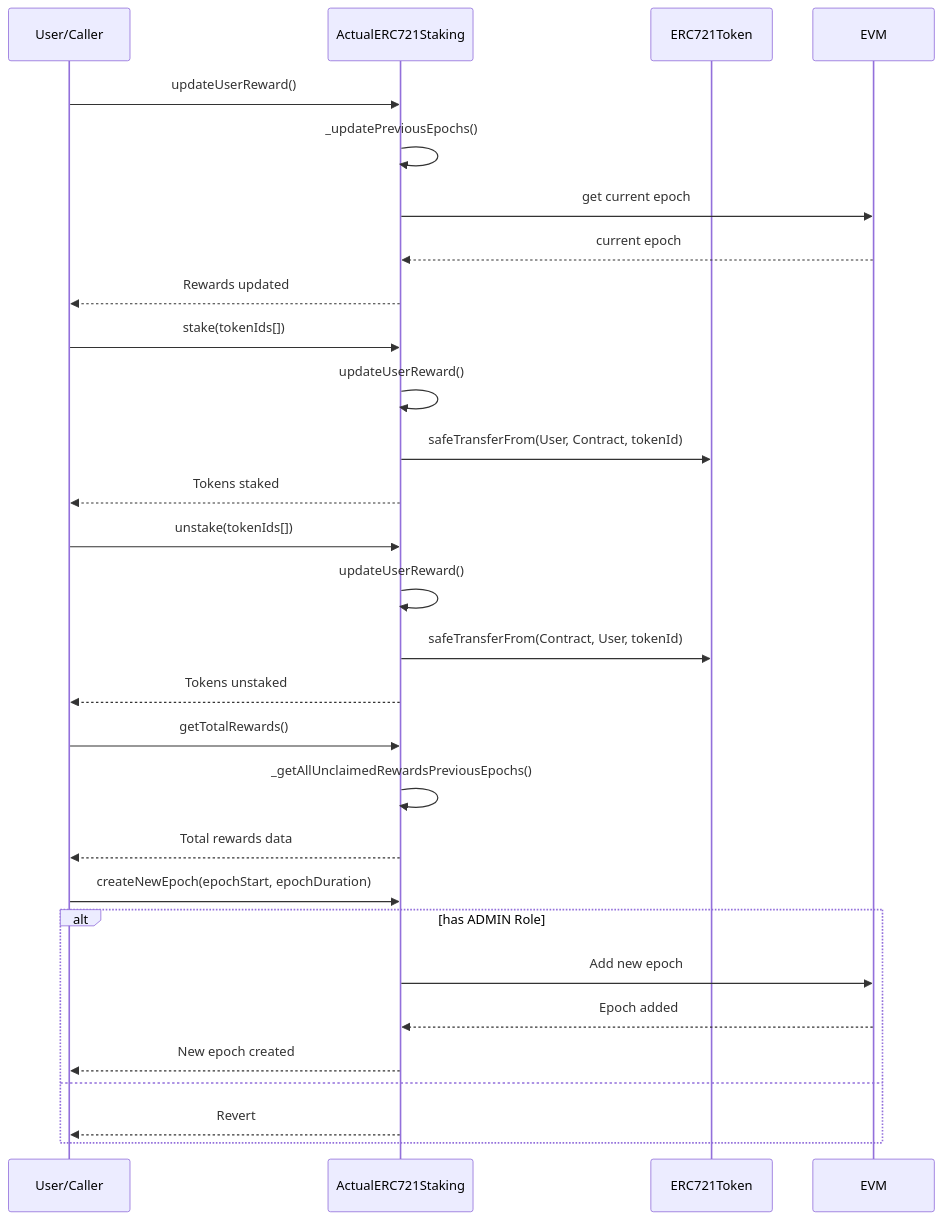
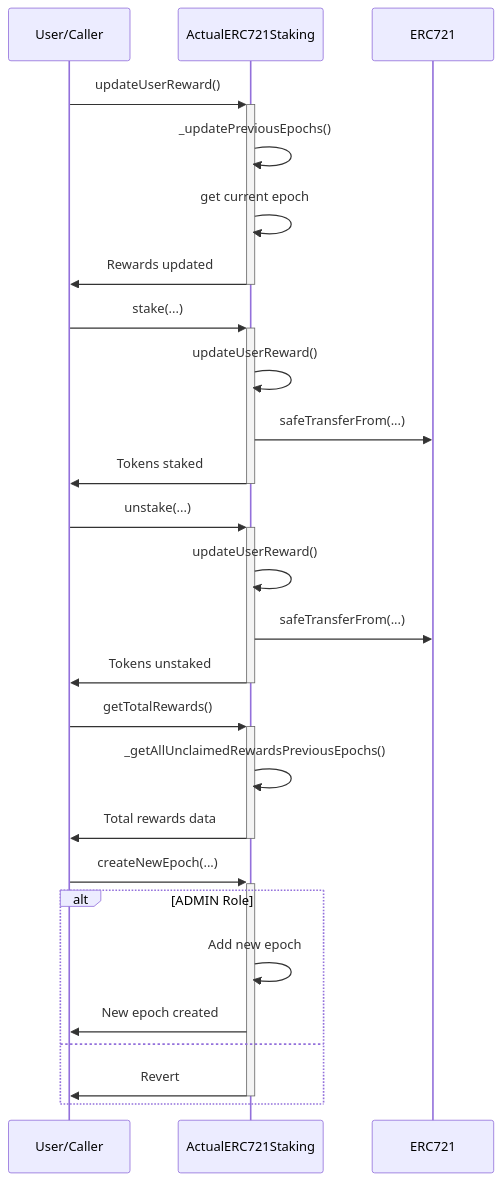
Before and after one commit to ZTX-Foundation/tuxedo: the second of 2 diagrams in doc/contracts/nfts/staking/ActualERC721Staking.md, drawn with Mermaid. The commit also changed 17 other files, not shown here.

````diff
--- a/doc/contracts/nfts/staking/ActualERC721Staking.md
+++ b/doc/contracts/nfts/staking/ActualERC721Staking.md
@@ -23,36 +23,33 @@
 ```mermaid
 sequenceDiagram
     participant User as User/Caller
     participant ActualERC721Staking
-    participant ERC721Token
-    participant Epochs as EVM
+    participant ERC721
 
-    User->>ActualERC721Staking: updateUserReward()
+    User->>+ActualERC721Staking: updateUserReward()
     ActualERC721Staking->>ActualERC721Staking: _updatePreviousEpochs()
-    ActualERC721Staking->>Epochs: get current epoch
-    Epochs-->>ActualERC721Staking: current epoch
-    ActualERC721Staking-->>User: Rewards updated
+    ActualERC721Staking->>ActualERC721Staking: get current epoch
+    ActualERC721Staking->>-User: Rewards updated
 
-    User->>ActualERC721Staking: stake(tokenIds[])
+    User->>+ActualERC721Staking: stake(...)
     ActualERC721Staking->>ActualERC721Staking: updateUserReward()
-    ActualERC721Staking->>ERC721Token: safeTransferFrom(User, Contract, tokenId)
-    ActualERC721Staking-->>User: Tokens staked
+    ActualERC721Staking->>ERC721: safeTransferFrom(...)
+    ActualERC721Staking->>-User: Tokens staked
 
-    User->>ActualERC721Staking: unstake(tokenIds[])
+    User->>+ActualERC721Staking: unstake(...)
     ActualERC721Staking->>ActualERC721Staking: updateUserReward()
-    ActualERC721Staking->>ERC721Token: safeTransferFrom(Contract, User, tokenId)
-    ActualERC721Staking-->>User: Tokens unstaked
+    ActualERC721Staking->>ERC721: safeTransferFrom(...)
+    ActualERC721Staking->>-User: Tokens unstaked
 
-    User->>ActualERC721Staking: getTotalRewards()
+    User->>+ActualERC721Staking: getTotalRewards()
     ActualERC721Staking->>ActualERC721Staking: _getAllUnclaimedRewardsPreviousEpochs()
-    ActualERC721Staking-->>User: Total rewards data
+    ActualERC721Staking->>-User: Total rewards data
 
-    User->>ActualERC721Staking: createNewEpoch(epochStart, epochDuration)
-    alt has ADMIN Role
-        ActualERC721Staking->>Epochs: Add new epoch
-        Epochs-->>ActualERC721Staking: Epoch added
-        ActualERC721Staking-->>User: New epoch created
+    User->>+ActualERC721Staking: createNewEpoch(...)
+    alt ADMIN Role
+        ActualERC721Staking->>ActualERC721Staking: Add new epoch
+        ActualERC721Staking->>User: New epoch created
     else
-        ActualERC721Staking-->>User: Revert
+        ActualERC721Staking->>-User: Revert
     end
 ```
````
